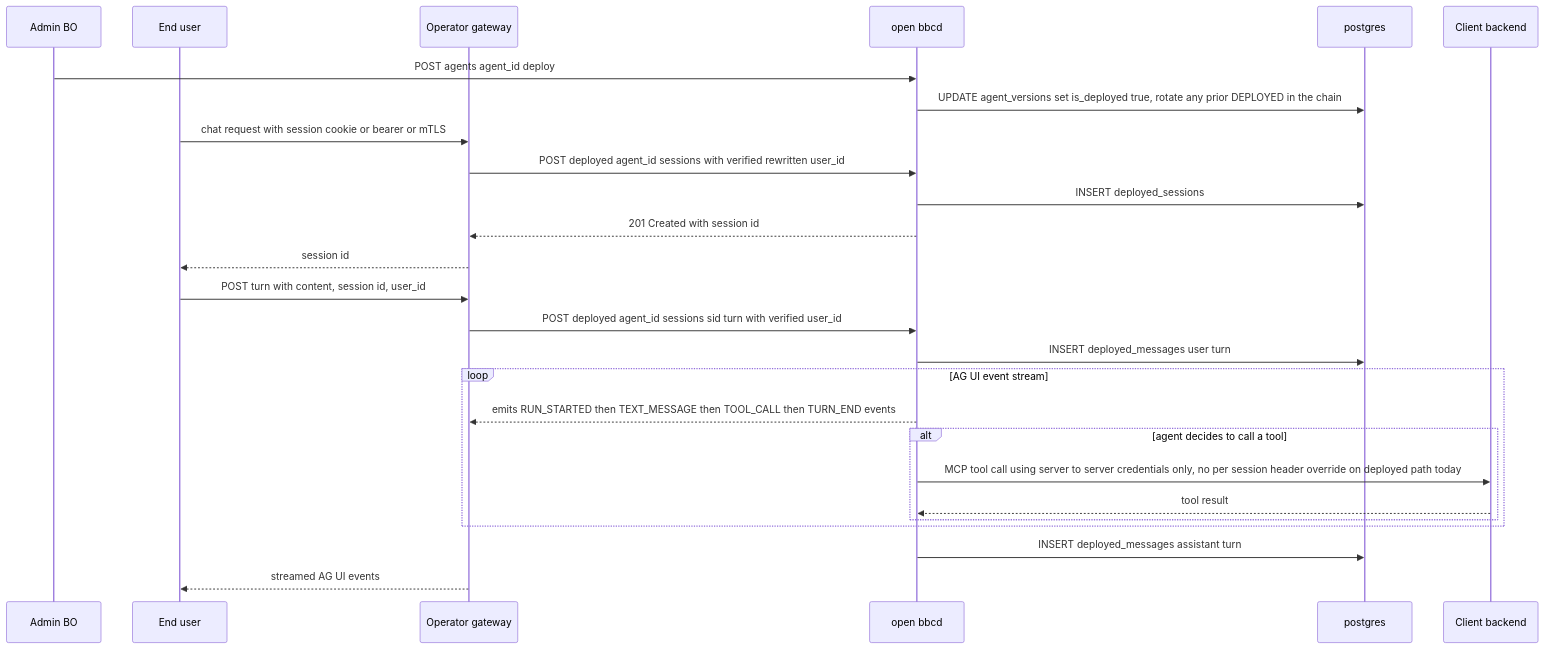
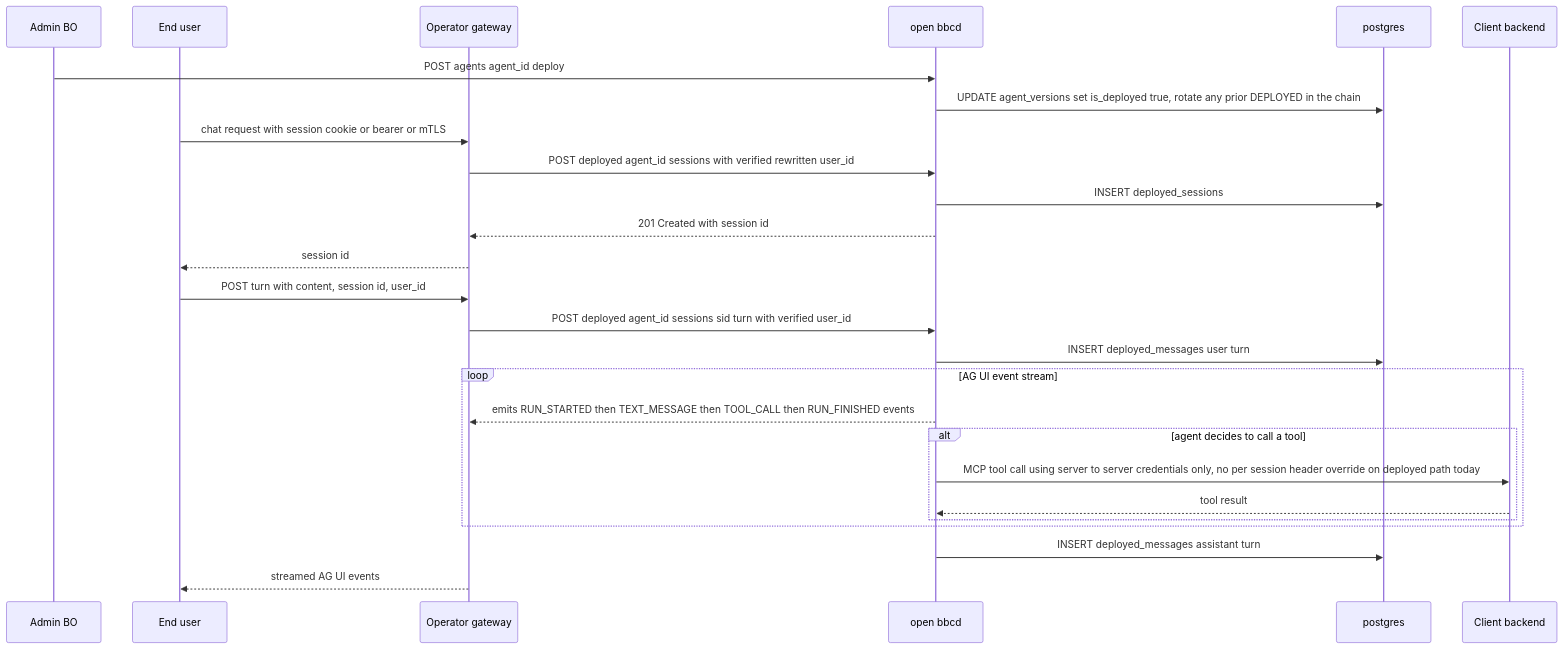
Before and after one commit to DACdigital/openbbc-docs: the seventh of 7 diagrams in docs/architecture/current/c4/data-flows.md, drawn with Mermaid. The commit also changed other lines of this file and 20 other files, not shown here.

````diff
--- a/docs/architecture/current/c4/data-flows.md
+++ b/docs/architecture/current/c4/data-flows.md
@@ -219,29 +219,29 @@
 ```mermaid
 sequenceDiagram
     participant Admin as Admin BO
     participant User as End user
     participant GW as Operator gateway
     participant OBBCD as open bbcd
     participant DB as postgres
     participant BE as Client backend
 
     Admin->>OBBCD: POST agents agent_id deploy
     OBBCD->>DB: UPDATE agent_versions set is_deployed true, rotate any prior DEPLOYED in the chain
     User->>GW: chat request with session cookie or bearer or mTLS
     GW->>OBBCD: POST deployed agent_id sessions with verified rewritten user_id
     OBBCD->>DB: INSERT deployed_sessions
     OBBCD-->>GW: 201 Created with session id
     GW-->>User: session id
     User->>GW: POST turn with content, session id, user_id
     GW->>OBBCD: POST deployed agent_id sessions sid turn with verified user_id
     OBBCD->>DB: INSERT deployed_messages user turn
     loop AG UI event stream
-        OBBCD-->>GW: emits RUN_STARTED then TEXT_MESSAGE then TOOL_CALL then TURN_END events
+        OBBCD-->>GW: emits RUN_STARTED then TEXT_MESSAGE then TOOL_CALL then RUN_FINISHED events
         alt agent decides to call a tool
             OBBCD->>BE: MCP tool call using server to server credentials only, no per session header override on deployed path today
             BE-->>OBBCD: tool result
         end
     end
     OBBCD->>DB: INSERT deployed_messages assistant turn
     GW-->>User: streamed AG UI events
 ```
````
